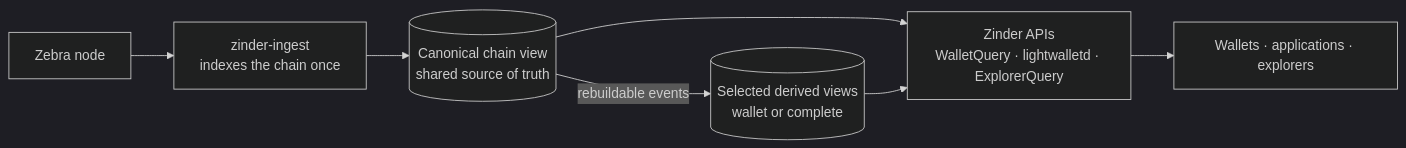
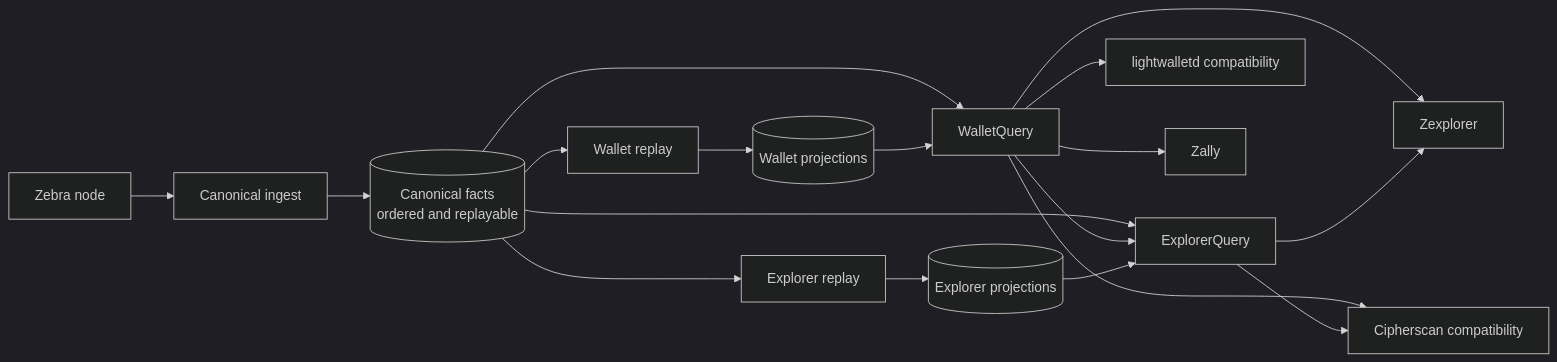
The diagram in docs/architecture/fact-first-indexer.md (gustavovalverde/zinder), drawn with Mermaid (dark theme) before and after one commit. The commit also changed other lines of this file, not shown here.

Commit message:
docs(architecture): define canonical-first projection boundaries

````diff
--- a/docs/architecture/fact-first-indexer.md
+++ b/docs/architecture/fact-first-indexer.md
@@ -19,9 +21,20 @@
 ```mermaid
 flowchart LR
-    Zebra["Zebra node"] --> Ingest["zinder-ingest<br/>indexes the chain once"]
-    Ingest --> Canonical[("Canonical chain view<br/>shared source of truth")]
-    Canonical --> APIs["Zinder APIs<br/>WalletQuery · lightwalletd · ExplorerQuery"]
-    Canonical -->|"rebuildable events"| Projections[("Selected derived views<br/>wallet or complete")]
-    Projections --> APIs
-    APIs --> Consumers["Wallets · applications · explorers"]
+    Zebra["Zebra node"] --> Ingest["Canonical ingest"]
+    Ingest --> Canonical[("Canonical facts<br/>ordered and replayable")]
+    Canonical --> WalletReplay["Wallet replay"]
+    Canonical --> ExplorerReplay["Explorer replay"]
+    WalletReplay --> WalletStore[("Wallet projections")]
+    ExplorerReplay --> ExplorerStore[("Explorer projections")]
+    Canonical --> WalletQuery["WalletQuery"]
+    WalletStore --> WalletQuery
+    Canonical --> ExplorerQuery["ExplorerQuery"]
+    WalletQuery --> ExplorerQuery
+    ExplorerStore --> ExplorerQuery
+    WalletQuery --> Lightwalletd["lightwalletd compatibility"]
+    WalletQuery --> Zally["Zally"]
+    WalletQuery --> Zexplorer["Zexplorer"]
+    ExplorerQuery --> Zexplorer
+    WalletQuery --> Cipherscan["Cipherscan compatibility"]
+    ExplorerQuery --> Cipherscan
 ```
````
